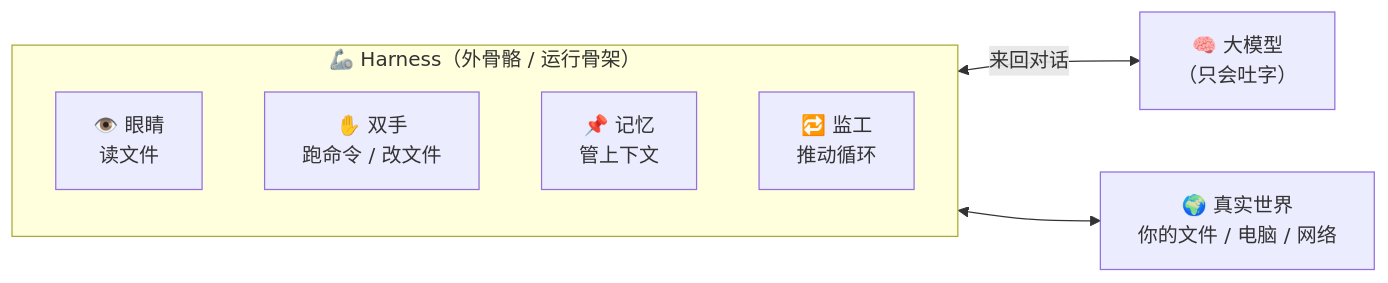
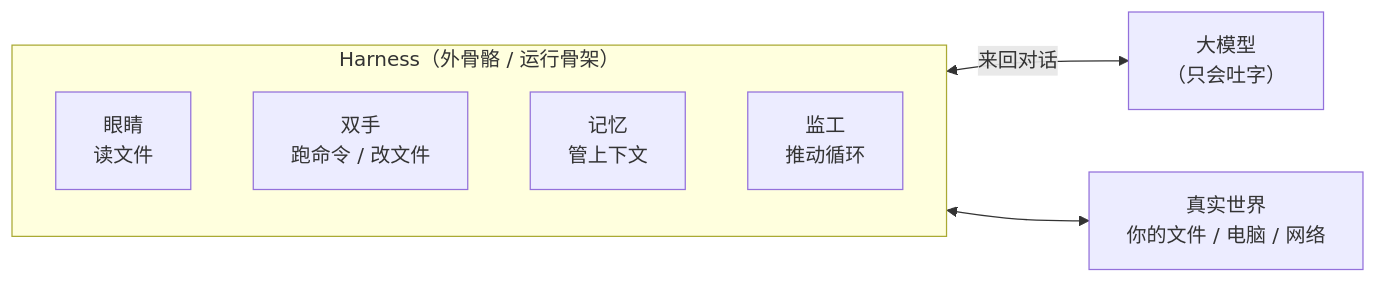
Before and after one commit to luckykhy/KhyAiHub: the second of 7 diagrams in docs/02_CONCEPTS_概念入门/CONCEPT/[CONCEPT-16] 什么是Harness-智能体运行骨架.md, drawn with Mermaid. The commit also changed other lines of this file and 19 other files, not shown here.

````diff
--- a/docs/02_CONCEPTS_概念入门/CONCEPT/[CONCEPT-16] 什么是Harness-智能体运行骨架.md
+++ b/docs/02_CONCEPTS_概念入门/CONCEPT/[CONCEPT-16] 什么是Harness-智能体运行骨架.md
@@ -50,12 +50,12 @@
 ```mermaid
 flowchart LR
-  subgraph 外骨骼["🦾 Harness（外骨骼 / 运行骨架）"]
-    EYE["👁️ 眼睛<br/>读文件"]
-    HAND["✋ 双手<br/>跑命令 / 改文件"]
-    MEM["📌 记忆<br/>管上下文"]
-    LOOP["🔁 监工<br/>推动循环"]
+  subgraph 外骨骼["Harness（外骨骼 / 运行骨架）"]
+    EYE["眼睛<br/>读文件"]
+    HAND["双手<br/>跑命令 / 改文件"]
+    MEM["记忆<br/>管上下文"]
+    LOOP["监工<br/>推动循环"]
   end
-  BRAIN["🧠 大模型<br/>（只会吐字）"]
+  BRAIN["大模型<br/>（只会吐字）"]
   外骨骼 <-->|"来回对话"| BRAIN
-  外骨骼 <--> WORLD["🌍 真实世界<br/>你的文件 / 电脑 / 网络"]
+  外骨骼 <--> WORLD["真实世界<br/>你的文件 / 电脑 / 网络"]
 ```
````
